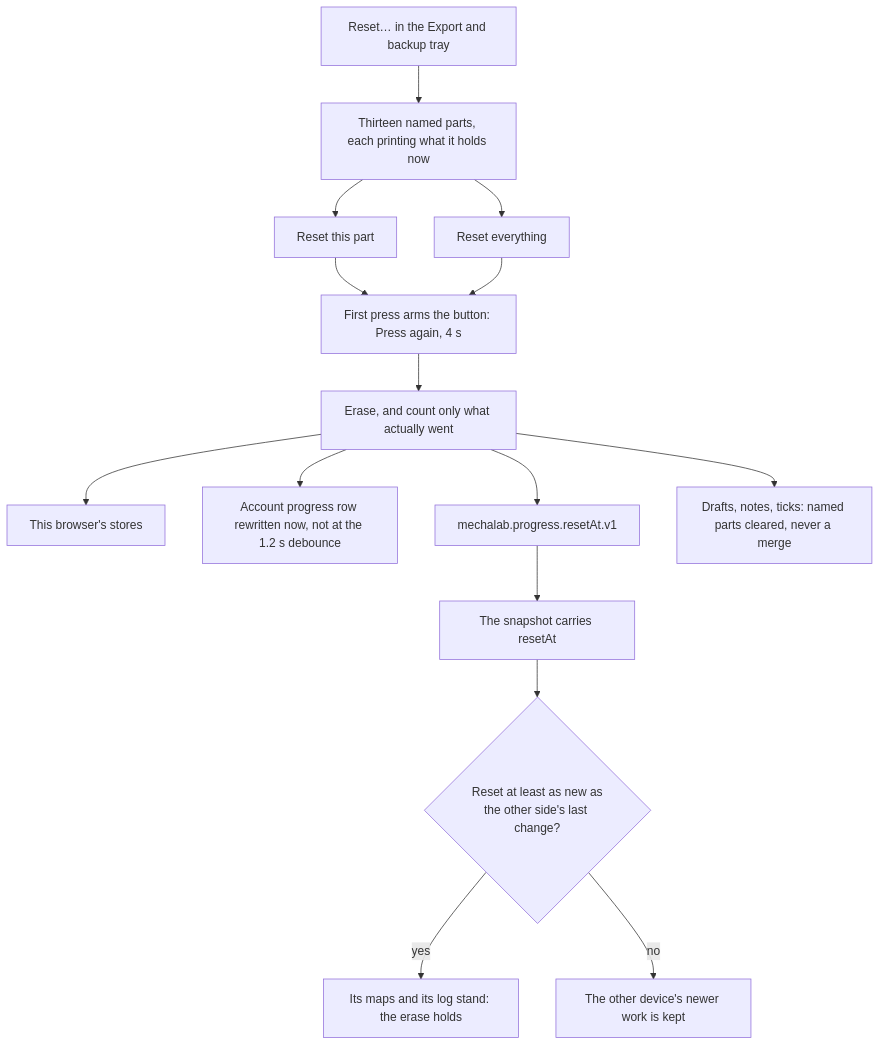
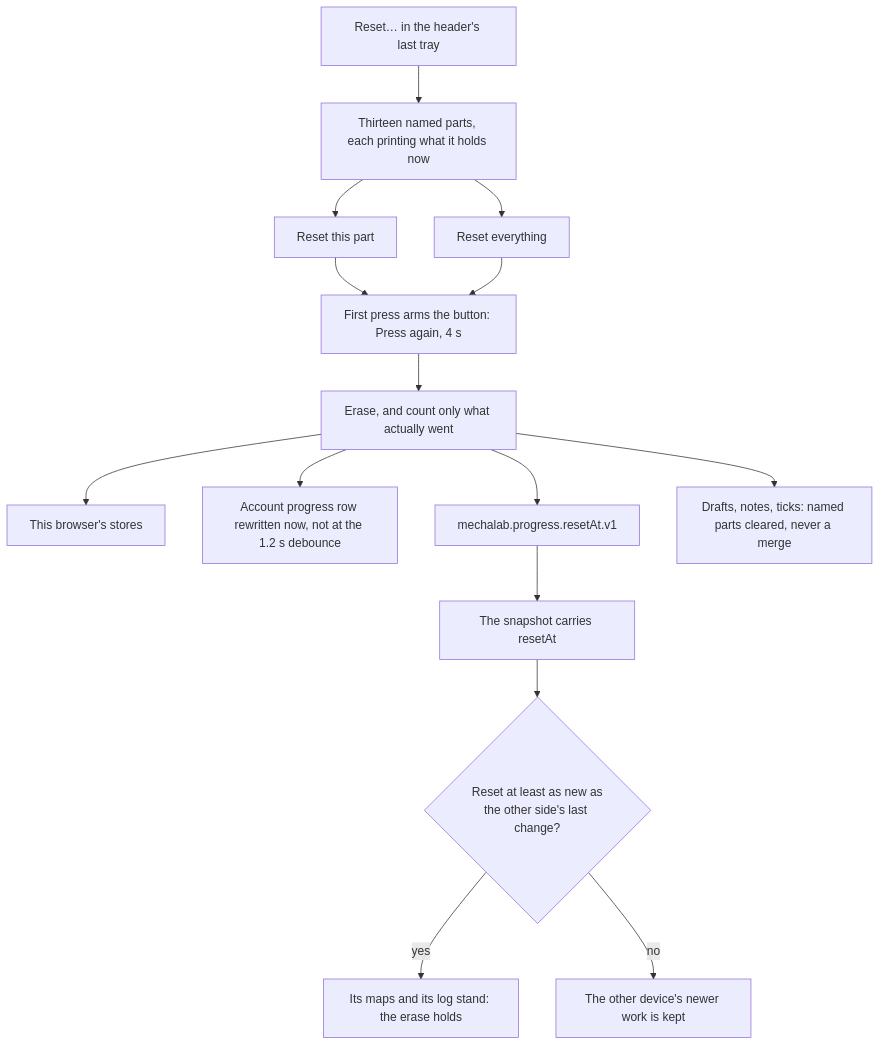
One commit to TLE47/Mechatronics-Roadmap changed the diagram in docs/RESET.md. Above: the diagram before and after it, drawn with Mermaid. The commit also changed other lines of this file and 23 other files, not shown here.

````diff
--- a/docs/RESET.md
+++ b/docs/RESET.md
@@ -15,17 +15,17 @@
 ```mermaid
 flowchart TB
-    Door["Reset… in the Export and backup tray"] --> Panel["Thirteen named parts, each printing what it holds now"]
+    Door["Reset… in the header's last tray"] --> Panel["Thirteen named parts, each printing what it holds now"]
     Panel --> One["Reset this part"]
     Panel --> All["Reset everything"]
     One --> Armed["First press arms the button: Press again, 4 s"]
     All --> Armed
     Armed --> Erase["Erase, and count only what actually went"]
     Erase --> Local["This browser's stores"]
     Erase --> Row["Account progress row rewritten now, not at the 1.2 s debounce"]
     Erase --> Watermark["mechalab.progress.resetAt.v1"]
     Watermark --> Snapshot["The snapshot carries resetAt"]
     Snapshot --> Newer{"Reset at least as new as\nthe other side's last change?"}
     Newer -->|"yes"| Stands["Its maps and its log stand: the erase holds"]
     Newer -->|"no"| Kept["The other device's newer work is kept"]
     Erase --> Workspace["Drafts, notes, ticks: named parts cleared, never a merge"]
 ```
````
